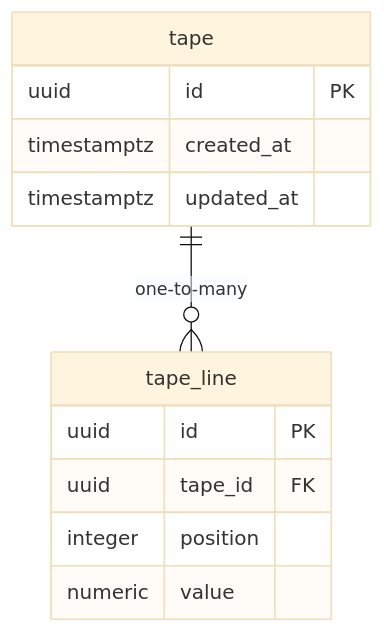
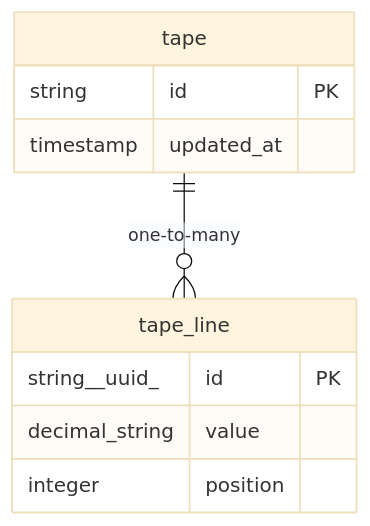
Before and after one commit to satya1802/simple-addition: the diagram in docs/sdlc/architecture/data-model.md, drawn with Mermaid (base theme). The commit also changed other lines of this file and 11 other files, not shown here.

````diff
--- a/docs/sdlc/architecture/data-model.md
+++ b/docs/sdlc/architecture/data-model.md
@@ -29,15 +27,13 @@
 ```mermaid
 erDiagram
+  tape_line {
+    string__uuid_ id PK
+    decimal_string value
+    integer position
+  }
   tape {
-    uuid id PK
-    timestamptz created_at
-    timestamptz updated_at
-  }
-  tape_line {
-    uuid id PK
-    uuid tape_id FK
-    integer position
-    numeric value
+    string id PK
+    timestamp updated_at
   }
   tape ||--o{ tape_line : "one-to-many"
 ```
````
